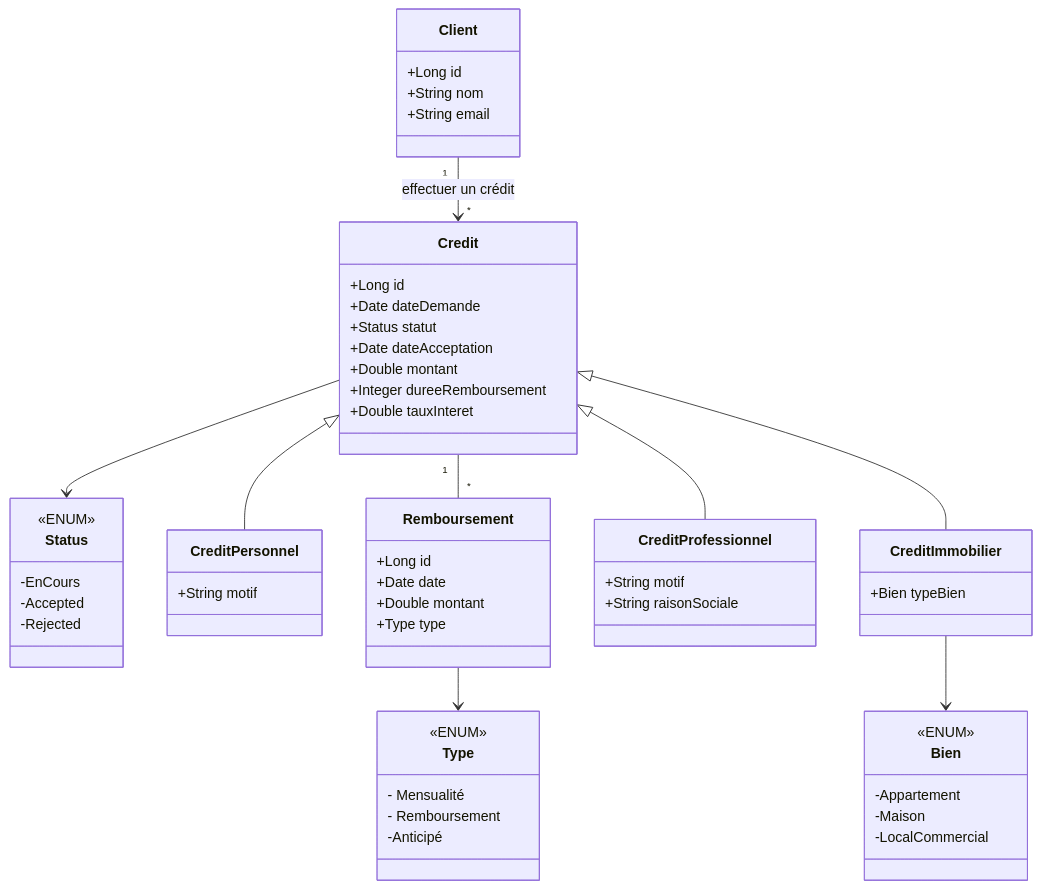
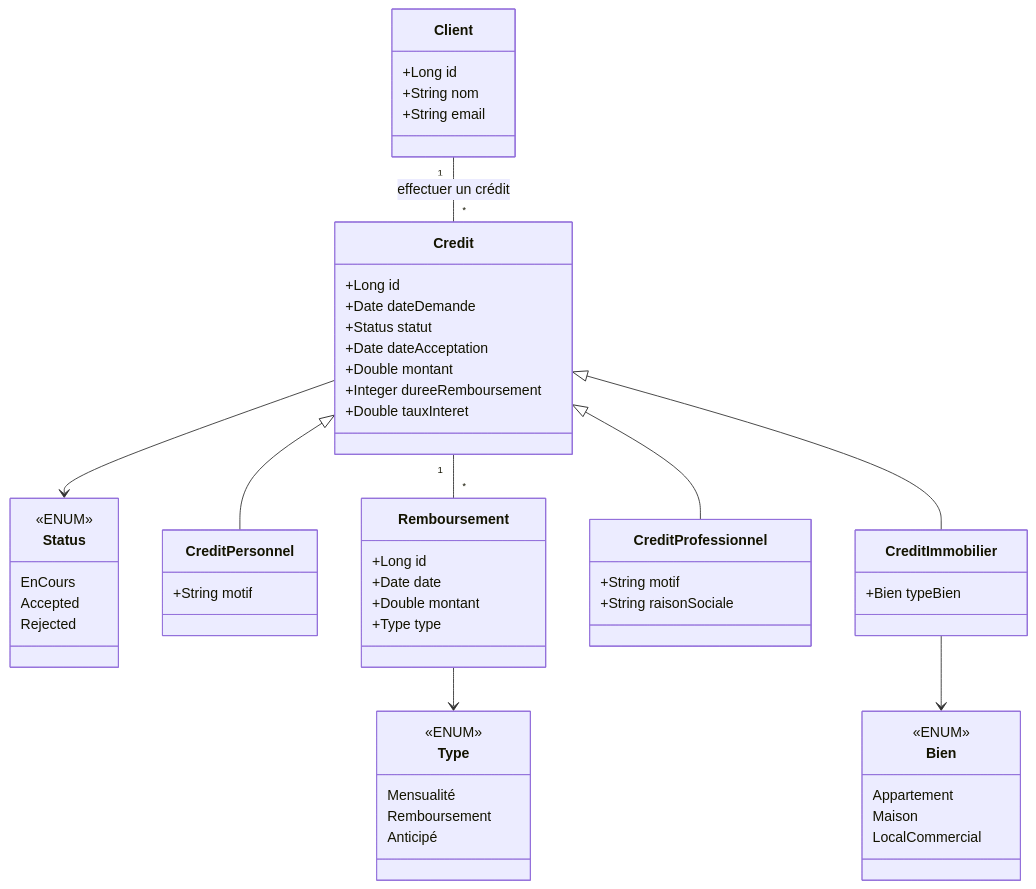
Before and after one commit to YahyaGhallali/Exam-JEE: the diagram in README.md, drawn with Mermaid. The commit also changed other lines of this file and 11 other files, not shown here.

````diff
--- a/README.md
+++ b/README.md
@@ -9,76 +9,76 @@
 ```mermaid
 classDiagram
     class Client {
         +Long id
         +String nom
         +String email
     }
 
     class Credit {
         +Long id
         +Date dateDemande
         +Status statut
         +Date dateAcceptation
         +Double montant
         +Integer dureeRemboursement
         +Double tauxInteret
     }
 
     Credit --> Status
 
     class Status {
         <<ENUM>>
-        -EnCours
-        -Accepted
-        -Rejected
+        EnCours
+        Accepted
+        Rejected
     }
 
     class CreditPersonnel {
         +String motif
     }
 
     class CreditImmobilier {
         +Bien typeBien
     }
 
     CreditImmobilier --> Bien
 
     class Bien {
         <<ENUM>>
-        -Appartement
-        -Maison
-        -LocalCommercial
+        Appartement
+        Maison
+        LocalCommercial
     }
 
 
 
     class CreditProfessionnel {
         +String motif
         +String raisonSociale
     }
 
     class Remboursement {
         +Long id
         +Date date
         +Double montant
         +Type type
     }
 
         Remboursement --> Type
 
     class Type {
         <<ENUM>>
-        - Mensualité
-        - Remboursement
-        -Anticipé
+        Mensualité
+        Remboursement
+        Anticipé
     }
 
 
 
-    Client "1" --> "*" Credit : effectuer un crédit
+    Client "1" -- "*" Credit : effectuer un crédit
 
     Credit "1" -- "*" Remboursement
     Credit <|-- CreditPersonnel
     Credit <|-- CreditImmobilier
     Credit <|-- CreditProfessionnel
 ```
````
